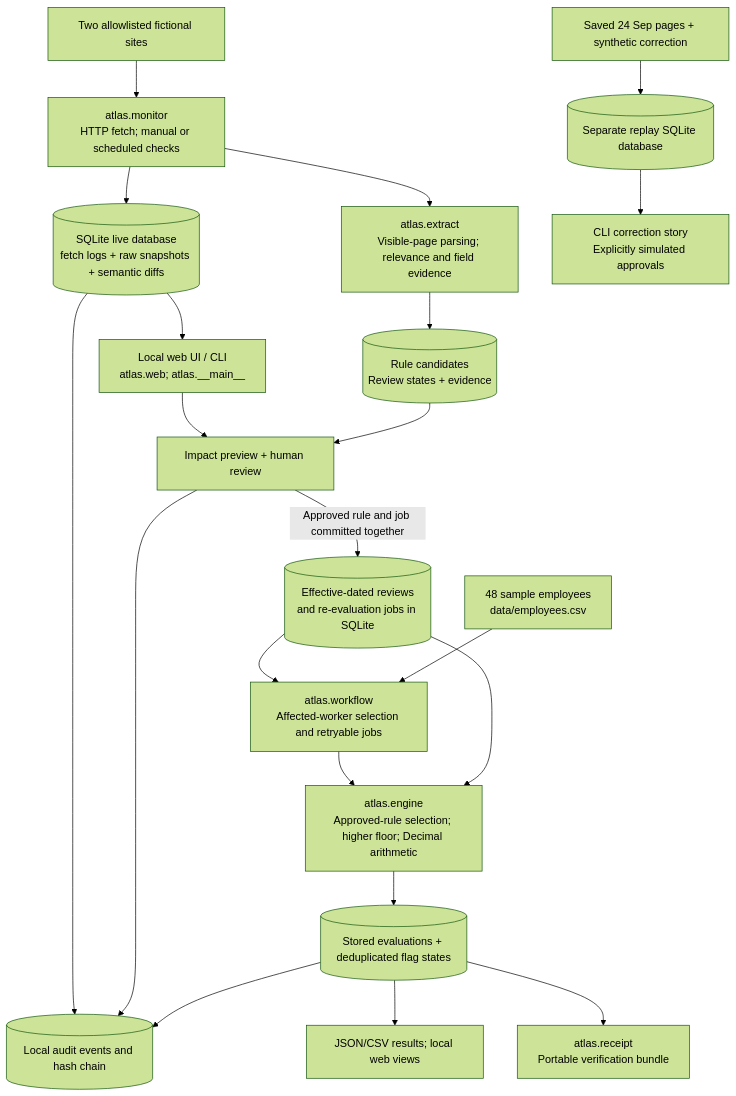
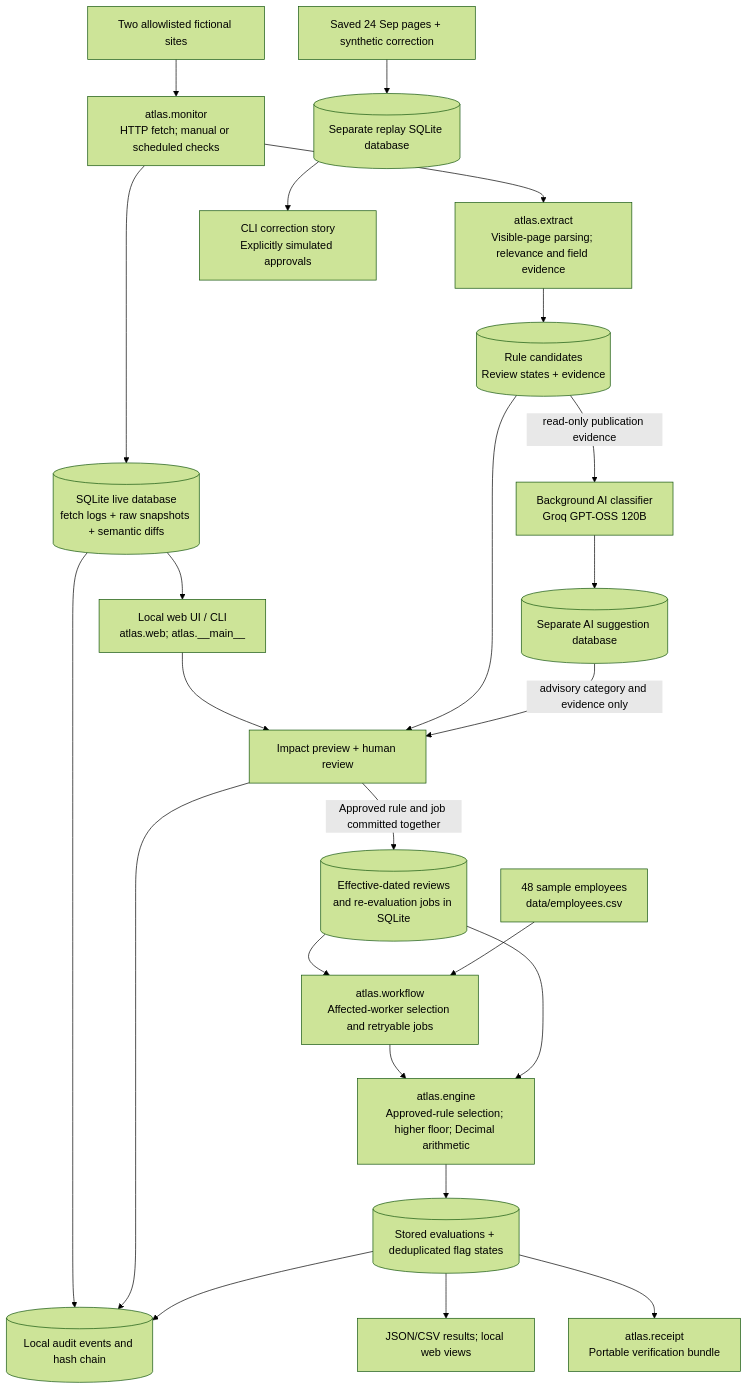
One commit to mgunjan67/atlas-compliance changed the diagram in docs/architecture.md. Above: the diagram before and after it, drawn with Mermaid (forest theme). The commit also changed other lines of this file and 21 other files, not shown here.

````diff
--- a/docs/architecture.md
+++ b/docs/architecture.md
@@ -7,23 +7,26 @@
 ```mermaid
 flowchart TB
   F["Two allowlisted fictional sites"] --> W["atlas.monitor<br/>HTTP fetch; manual or scheduled checks"]
   W --> DB1[("SQLite live database<br/>fetch logs + raw snapshots + semantic diffs")]
   W --> X["atlas.extract<br/>Visible-page parsing; relevance and field evidence"]
   X --> C[("Rule candidates<br/>Review states + evidence")]
   UI["Local web UI / CLI<br/>atlas.web; atlas.__main__"] --> H["Impact preview + human review"]
   C --> H
+  C -->|read-only publication evidence| AI["Background AI classifier<br/>Groq GPT-OSS 120B"]
+  AI --> AIDB[("Separate AI suggestion database")]
+  AIDB -->|advisory category and evidence only| H
   H -->|"Approved rule and job committed together"| V[("Effective-dated reviews<br/>and re-evaluation jobs in SQLite")]
   V --> J["atlas.workflow<br/>Affected-worker selection and retryable jobs"]
   CSV["48 sample employees<br/>data/employees.csv"] --> J
   J --> D["atlas.engine<br/>Approved-rule selection; higher floor; Decimal arithmetic"]
   V --> D
   D --> O[("Stored evaluations + deduplicated flag states")]
   O --> OUT["JSON/CSV results; local web views"]
   O --> REC["atlas.receipt<br/>Portable verification bundle"]
   DB1 --> LED[("Local audit events and hash chain")]
   H --> LED
   O --> LED
   REP["Saved 24 Sep pages + synthetic correction"] --> DEMO[("Separate replay SQLite database")]
   DEMO --> CLI["CLI correction story<br/>Explicitly simulated approvals"]
   DB1 --> UI
 ```
````
